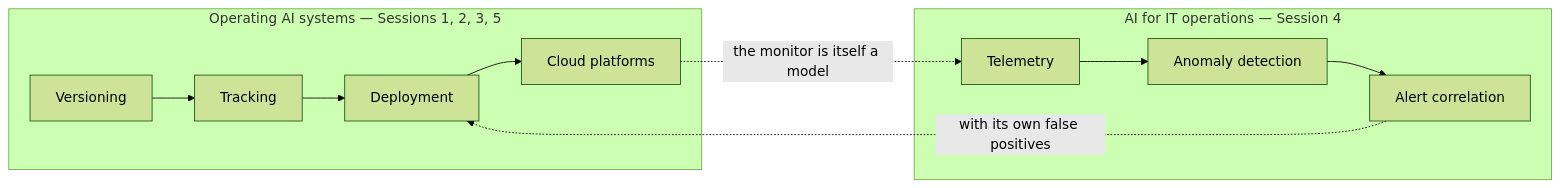
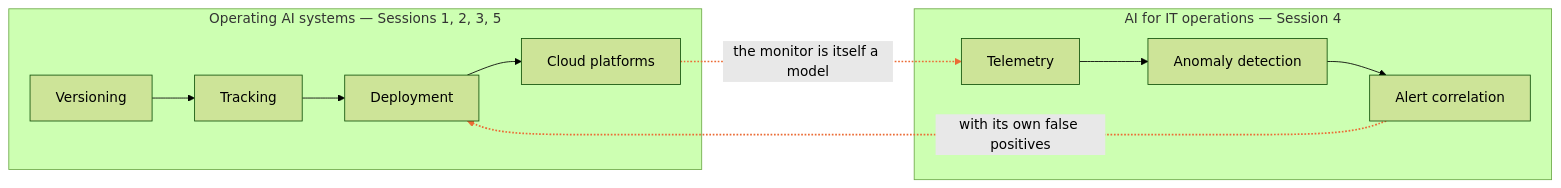
The first of 2 diagrams in course/slides/course-deck.md (pasdptt/public_teaching_mlaiops), drawn with Mermaid (forest theme) before and after one commit. The commit also changed other lines of this file and 2 other files, not shown here.

````diff
--- a/course/slides/course-deck.md
+++ b/course/slides/course-deck.md
@@ -59,11 +59,13 @@
 ```mermaid
 flowchart LR
     subgraph A["Operating AI systems — Sessions 1, 2, 3, 5"]
         A1[Versioning] --> A2[Tracking] --> A3[Deployment] --> A4[Cloud platforms]
     end
     subgraph B["AI for IT operations — Session 4"]
         B1[Telemetry] --> B2[Anomaly detection] --> B3[Alert correlation]
     end
     A4 -.->|"the monitor is itself a model"| B1
     B3 -.->|"with its own false positives"| A3
+
+    linkStyle 5,6 stroke:#eb6c36,stroke-width:2px
 ```
````
